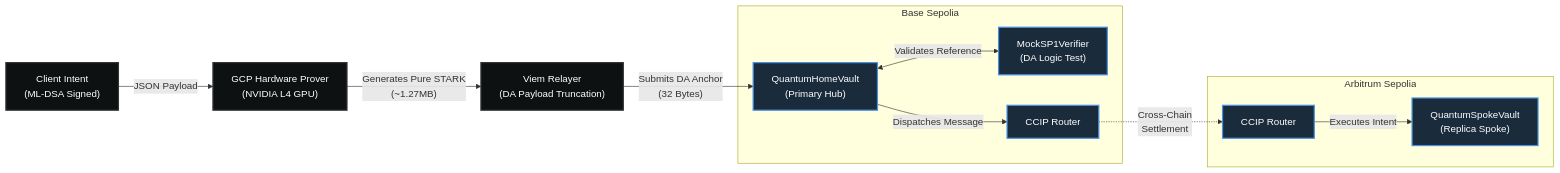
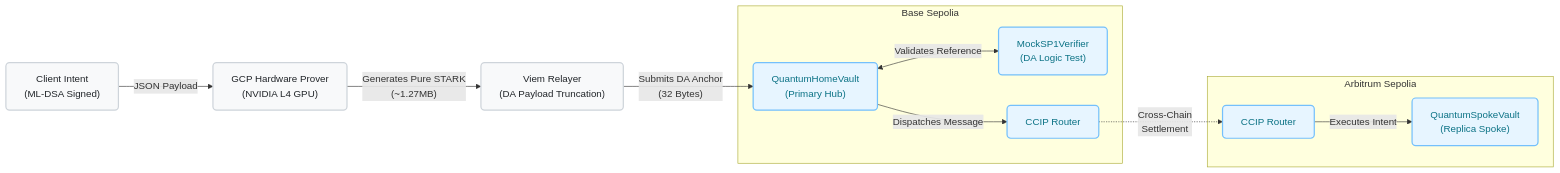
One commit to vjb/quantum-safe-cre changed the diagram in README.md. Above: the diagram before and after it, drawn with Mermaid. The commit also changed other lines of this file, not shown here.

````diff
--- a/README.md
+++ b/README.md
@@ -15,36 +15,36 @@
 ```mermaid
 graph LR
     %% Core Entities
     Client["Client Intent\n(ML-DSA Signed)"]
     GCP["GCP Hardware Prover\n(NVIDIA L4 GPU)"]
     Relayer["Viem Relayer\n(DA Payload Truncation)"]
     
     %% Base Sepolia
     subgraph Base Sepolia
         HomeVault["QuantumHomeVault\n(Primary Hub)"]
         MockVerifier["MockSP1Verifier\n(DA Logic Test)"]
         CCIP_Router_Base["CCIP Router"]
     end
     
     %% Arbitrum Sepolia
     subgraph Arbitrum Sepolia
         CCIP_Router_Arb["CCIP Router"]
         SpokeVault["QuantumSpokeVault\n(Replica Spoke)"]
     end
 
     %% Execution Flow
     Client -->|"JSON Payload"| GCP
     GCP -->|"Generates Pure STARK\n(~1.27MB)"| Relayer
     Relayer -->|"Submits DA Anchor\n(32 Bytes)"| HomeVault
     HomeVault <-->|"Validates Reference"| MockVerifier
     HomeVault -->|"Dispatches Message"| CCIP_Router_Base
     CCIP_Router_Base -.->|"Cross-Chain\nSettlement"| CCIP_Router_Arb
     CCIP_Router_Arb -->|"Executes Intent"| SpokeVault
     
     %% Styling
-    classDef execution fill:#0e1111,stroke:#333,stroke-width:2px,color:#fff;
-    classDef onchain fill:#1a2b3c,stroke:#4a90e2,stroke-width:2px,color:#fff;
+    classDef execution fill:#f8f9fa,stroke:#ced4da,stroke-width:2px,color:#212529,rx:6px,ry:6px;
+    classDef onchain fill:#e7f5ff,stroke:#74c0fc,stroke-width:2px,color:#0b7285,rx:6px,ry:6px;
     
     class Client,GCP,Relayer execution;
     class HomeVault,MockVerifier,CCIP_Router_Base,CCIP_Router_Arb,SpokeVault onchain;
 ```
````
